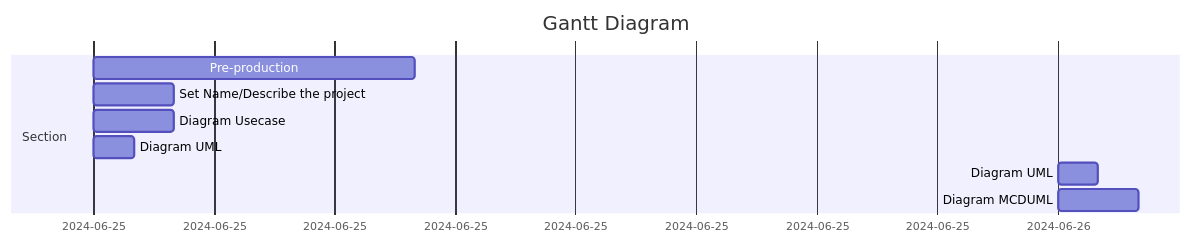
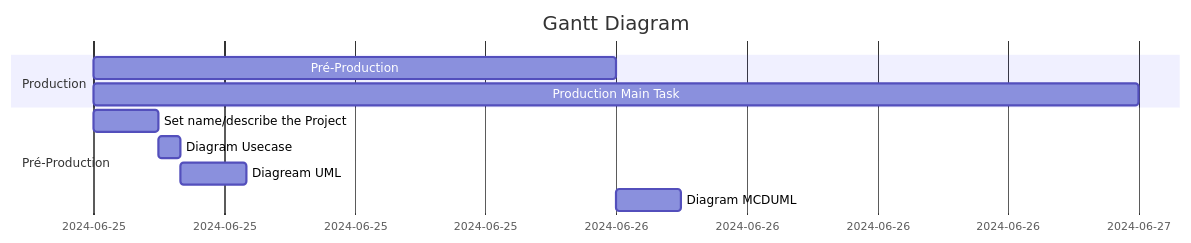
One commit to JameS-Gmz/api-Rest changed the first of 3 diagrams in README.md. Above: the diagram before and after it, drawn with Mermaid.

````diff
--- a/README.md
+++ b/README.md
@@ -48,14 +48,15 @@
 ```mermaid
 gantt
     title Gantt Diagram
-    dateFormat  YYYY-MM-DD
+    dateFormat YYYY-MM-DD
+    section Production
+        Pré-Production   :a1, 2024-06-25, 1d
+        Production Main Task :after a1,2024-06-25, 2d
+    section Pré-Production
+        Set name/describe the Project :2024-06-25, 3h
+        Diagram Usecase  : 1h
+        Diagream UML : 3h
+        Diagram MCDUML : 2024-06-26, 3h 
 
-    section Section
-    Pre-production   :a1, 2024-06-25, 8h
-    Set Name/Describe the project     :a2, 2024-06-25, 2h
-    Diagram Usecase     :a3, 2024-06-25, 2h
-    Diagram UML : a4, 2024-06-25, 1h
-    Diagram UML : a5, 2024-06-26, 1h
-    Diagram MCDUML : a6, 2024-06-26, 2h
 
 ```
````
